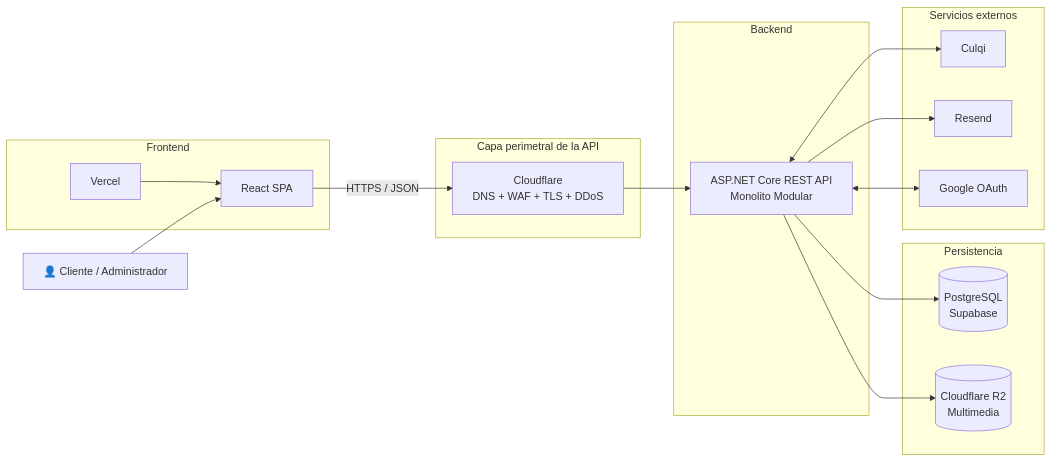
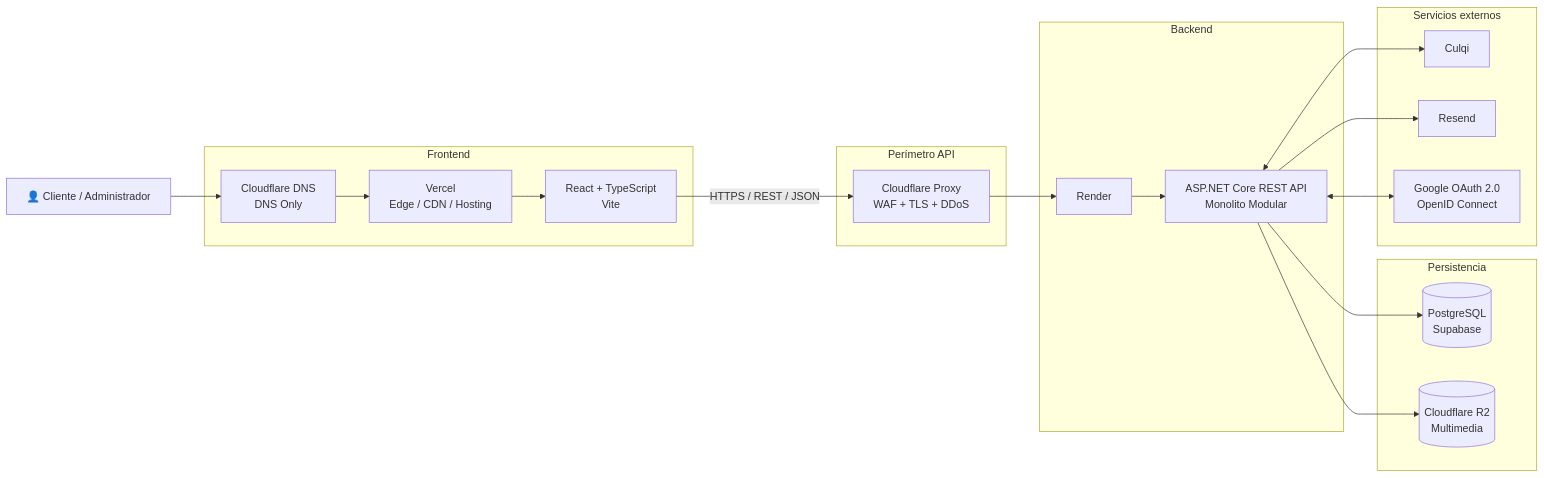
Before and after one commit to AiColleman/DMGoTravell: the first of 2 diagrams in arquitectura/arquitectura-inicial.md, drawn with Mermaid. The commit also changed other lines of this file, not shown here.

Commit message:
docs: actualizar la arquitectura inicial con detalles sobre el frontend y la capa perimetral de la API

````diff
--- a/arquitectura/arquitectura-inicial.md
+++ b/arquitectura/arquitectura-inicial.md
@@ -37,40 +39,46 @@
 ```mermaid
 flowchart LR
 
     U["👤 Cliente / Administrador"]
 
     subgraph FRONT["Frontend"]
-        VERCEL["Vercel"]
-        REACT["React SPA"]
+        DNS["Cloudflare DNS<br/>DNS Only"]
+        VERCEL["Vercel<br/>Edge / CDN / Hosting"]
+        REACT["React + TypeScript<br/>Vite"]
+
+        DNS --> VERCEL
         VERCEL --> REACT
     end
 
-    subgraph EDGE["Capa perimetral de la API"]
-        CF["Cloudflare<br/>DNS + WAF + TLS + DDoS"]
+    subgraph EDGE["Perímetro API"]
+        CF["Cloudflare Proxy<br/>WAF + TLS + DDoS"]
     end
 
     subgraph BACK["Backend"]
+        RENDER["Render"]
         API["ASP.NET Core REST API<br/>Monolito Modular"]
+
+        RENDER --> API
     end
 
     subgraph DATA["Persistencia"]
         DB[("PostgreSQL<br/>Supabase")]
         R2[("Cloudflare R2<br/>Multimedia")]
     end
 
     subgraph EXT["Servicios externos"]
         CULQI["Culqi"]
         RESEND["Resend"]
-        GOOGLE["Google OAuth"]
+        GOOGLE["Google OAuth 2.0<br/>OpenID Connect"]
     end
 
-    U --> REACT
-    REACT -->|"HTTPS / JSON"| CF
-    CF --> API
+    U --> DNS
+    REACT -->|"HTTPS / REST / JSON"| CF
+    CF --> RENDER
 
     API --> DB
     API --> R2
     API <--> CULQI
     API --> RESEND
     API <--> GOOGLE
 ```
````
